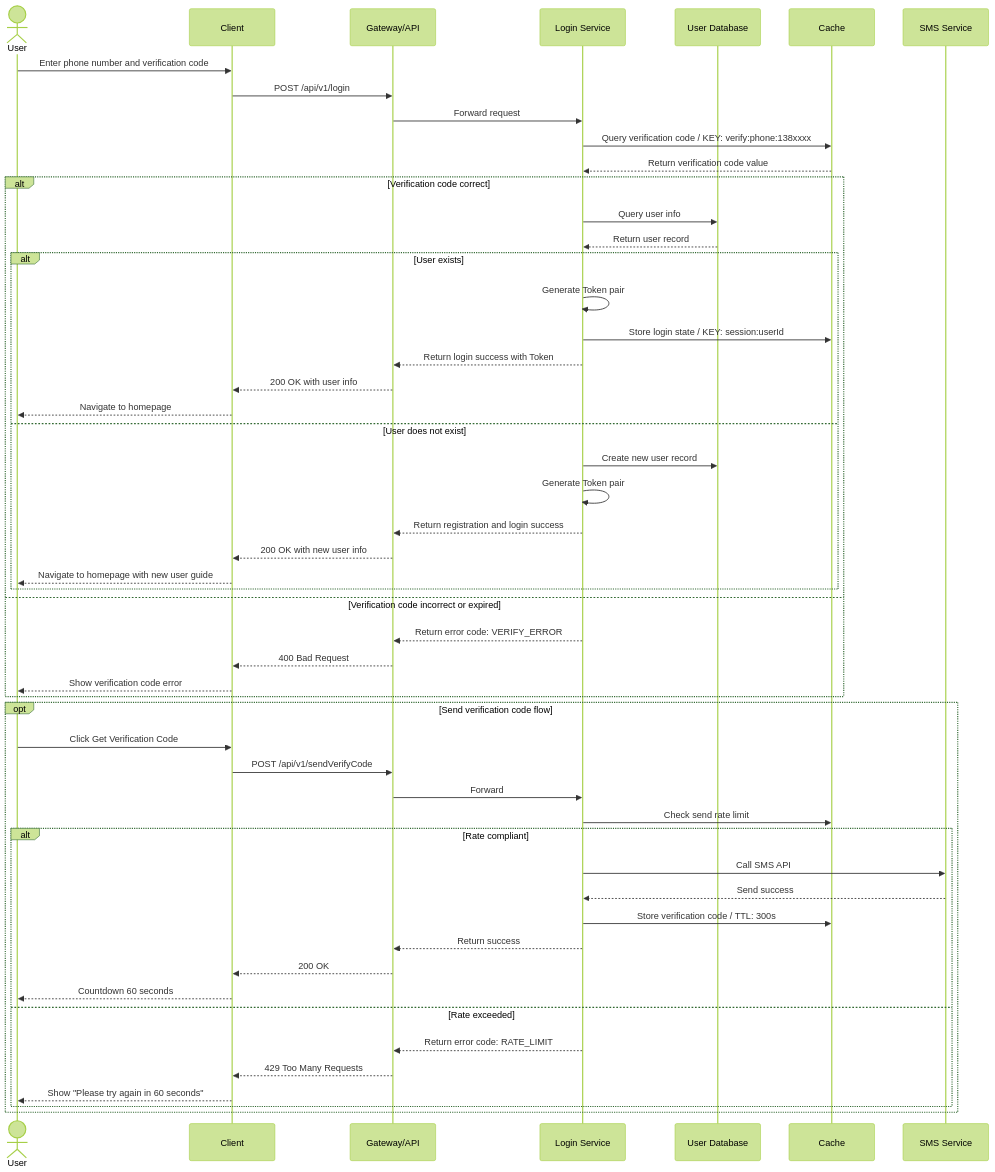
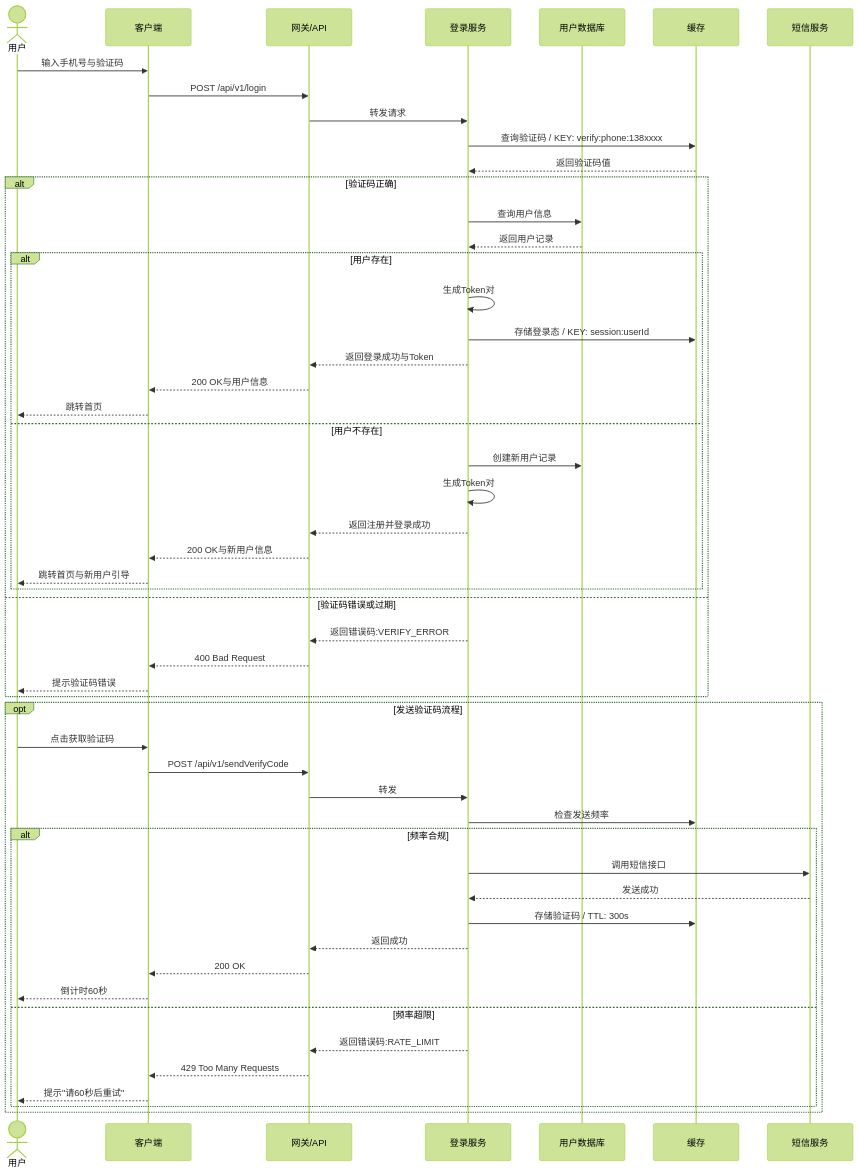
The seventh of 12 diagrams in templates/Product/Product/Template-PRD.md (Kirky-X/cangjie), drawn with Mermaid (forest theme) before and after one commit. The commit also changed other lines of this file and 33 other files, not shown here.

````diff
--- a/templates/Product/Product/Template-PRD.md
+++ b/templates/Product/Product/Template-PRD.md
@@ -329,59 +329,59 @@
 ```mermaid
 sequenceDiagram
-    actor U as User
-    participant C as Client
-    participant API as Gateway/API
-    participant S as Login Service
-    participant DB as User Database
-    participant Redis as Cache
-    participant SMS as SMS Service
+    actor U as 用户
+    participant C as 客户端
+    participant API as 网关/API
+    participant S as 登录服务
+    participant DB as 用户数据库
+    participant Redis as 缓存
+    participant SMS as 短信服务
 
-    U->>C: Enter phone number and verification code
+    U->>C: 输入手机号与验证码
     C->>API: POST /api/v1/login
-    API->>S: Forward request
+    API->>S: 转发请求
 
-    S->>Redis: Query verification code / KEY: verify:phone:138xxxx
-    Redis-->>S: Return verification code value
+    S->>Redis: 查询验证码 / KEY: verify:phone:138xxxx
+    Redis-->>S: 返回验证码值
 
-    alt Verification code correct
-        S->>DB: Query user info
-        DB-->>S: Return user record
+    alt 验证码正确
+        S->>DB: 查询用户信息
+        DB-->>S: 返回用户记录
 
-        alt User exists
-            S->>S: Generate Token pair
-            S->>Redis: Store login state / KEY: session:userId
-            S-->>API: Return login success with Token
-            API-->>C: 200 OK with user info
-            C-->>U: Navigate to homepage
-        else User does not exist
-            S->>DB: Create new user record
-            S->>S: Generate Token pair
-            S-->>API: Return registration and login success
-            API-->>C: 200 OK with new user info
-            C-->>U: Navigate to homepage with new user guide
+        alt 用户存在
+            S->>S: 生成Token对
+            S->>Redis: 存储登录态 / KEY: session:userId
+            S-->>API: 返回登录成功与Token
+            API-->>C: 200 OK与用户信息
+            C-->>U: 跳转首页
+        else 用户不存在
+            S->>DB: 创建新用户记录
+            S->>S: 生成Token对
+            S-->>API: 返回注册并登录成功
+            API-->>C: 200 OK与新用户信息
+            C-->>U: 跳转首页与新用户引导
         end
-    else Verification code incorrect or expired
-        S-->>API: Return error code: VERIFY_ERROR
+    else 验证码错误或过期
+        S-->>API: 返回错误码:VERIFY_ERROR
         API-->>C: 400 Bad Request
-        C-->>U: Show verification code error
+        C-->>U: 提示验证码错误
     end
 
-    opt Send verification code flow
-        U->>C: Click Get Verification Code
+    opt 发送验证码流程
+        U->>C: 点击获取验证码
         C->>API: POST /api/v1/sendVerifyCode
-        API->>S: Forward
-        S->>Redis: Check send rate limit
-        alt Rate compliant
-            S->>SMS: Call SMS API
-            SMS-->>S: Send success
-            S->>Redis: Store verification code / TTL: 300s
-            S-->>API: Return success
+        API->>S: 转发
+        S->>Redis: 检查发送频率
+        alt 频率合规
+            S->>SMS: 调用短信接口
+            SMS-->>S: 发送成功
+            S->>Redis: 存储验证码 / TTL: 300s
+            S-->>API: 返回成功
             API-->>C: 200 OK
-            C-->>U: Countdown 60 seconds
-        else Rate exceeded
-            S-->>API: Return error code: RATE_LIMIT
+            C-->>U: 倒计时60秒
+        else 频率超限
+            S-->>API: 返回错误码:RATE_LIMIT
             API-->>C: 429 Too Many Requests
-            C-->>U: Show "Please try again in 60 seconds"
+            C-->>U: 提示"请60秒后重试"
         end
     end
 ```
````
